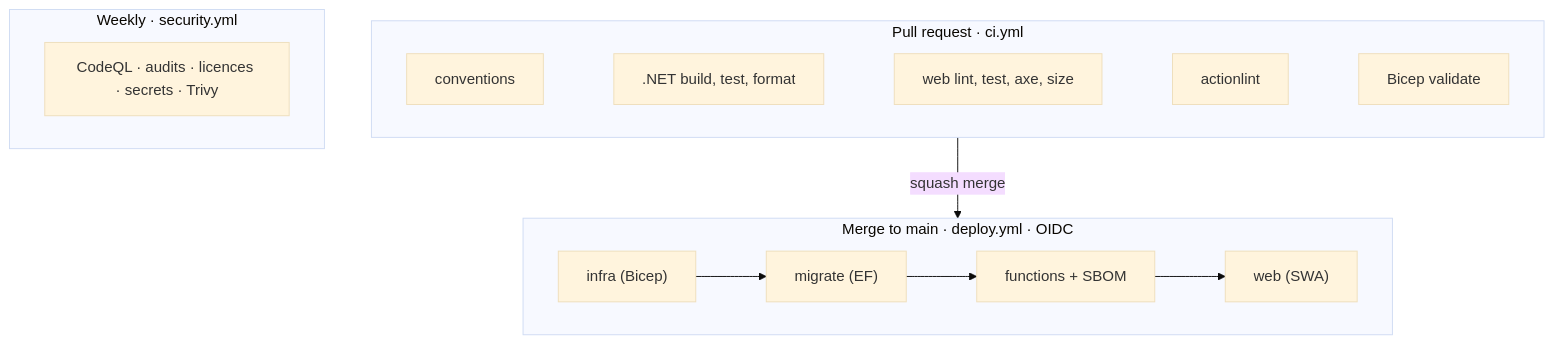
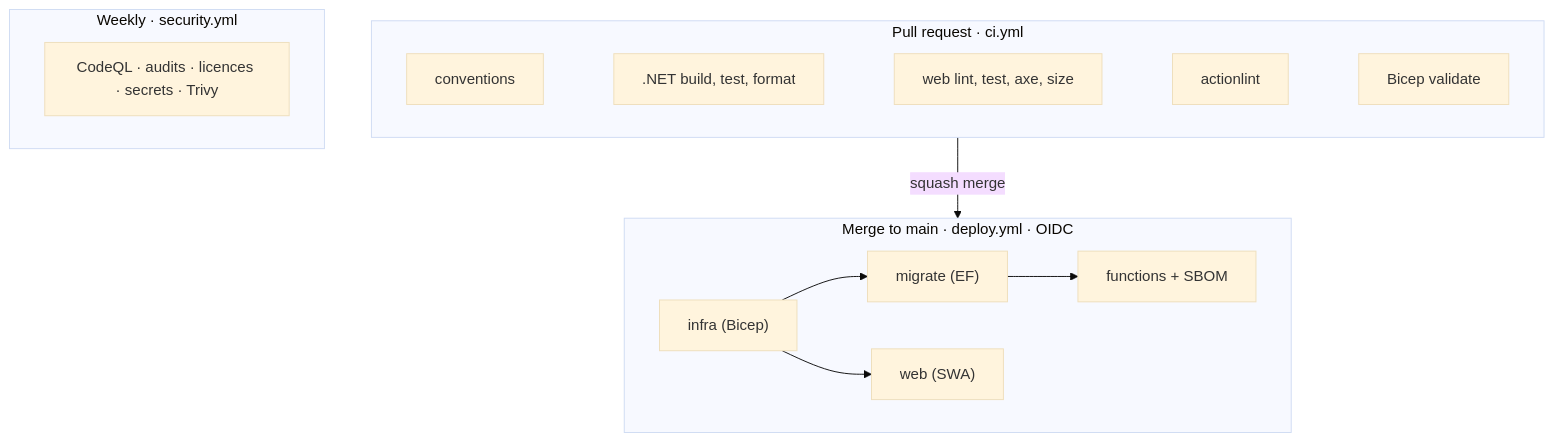
Before and after one commit to flambeauRiverTours/FantasyFootballWebsite: the third of 5 diagrams in site/index.md, drawn with Mermaid (base theme). The commit also changed other lines of this file and 30 other files, not shown here.

````diff
--- a/site/index.md
+++ b/site/index.md
@@ -80,15 +80,16 @@
 ```mermaid
 flowchart TB
   subgraph PR["Pull request · ci.yml"]
     direction LR
     c1[conventions] ~~~ c2[".NET build, test, format"] ~~~ c3["web lint, test, axe, size"] ~~~ c4[actionlint] ~~~ c5[Bicep validate]
   end
   subgraph DEP["Merge to main · deploy.yml · OIDC"]
     direction LR
-    d1["infra (Bicep)"] --> d2["migrate (EF)"] --> d3["functions + SBOM"] --> d4["web (SWA)"]
+    d1["infra (Bicep)"] --> d2["migrate (EF)"] --> d3["functions + SBOM"]
+    d1 --> d4["web (SWA)"]
   end
   subgraph SEC["Weekly · security.yml"]
     s1["CodeQL · audits · licences · secrets · Trivy"]
   end
   PR -->|squash merge| DEP
 ```
````
